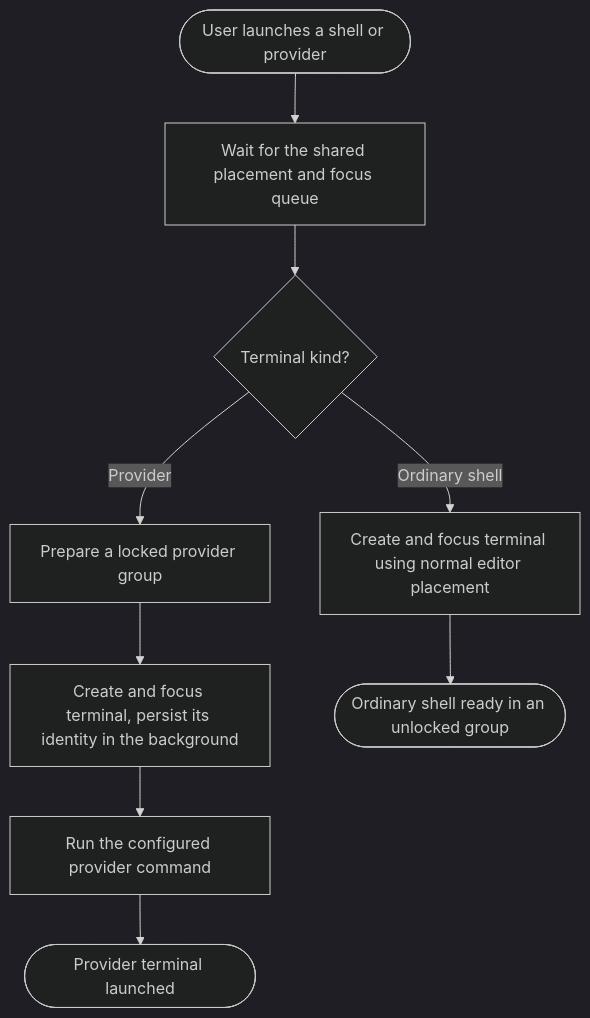
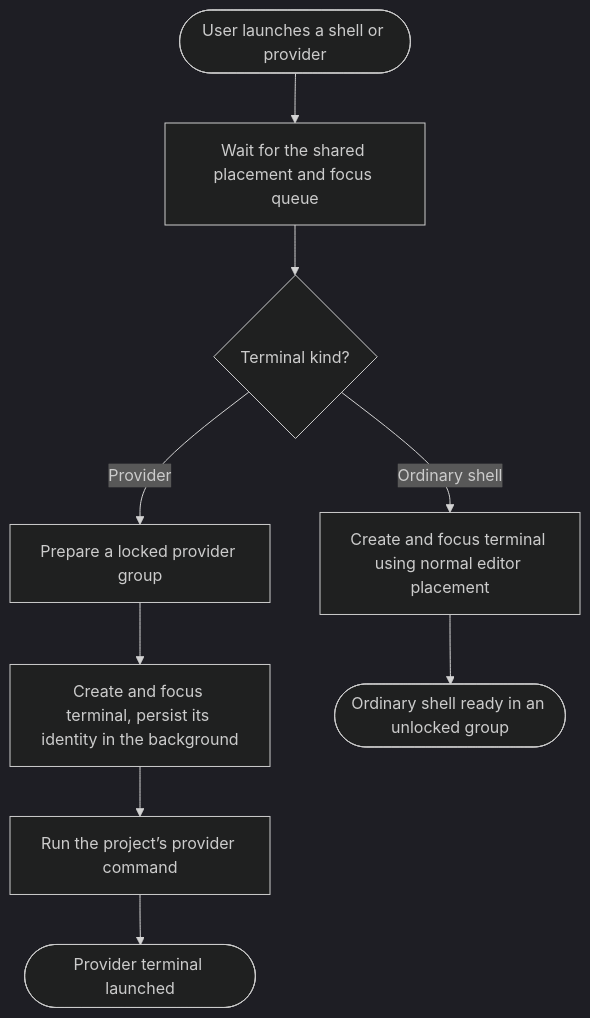
The third of 7 diagrams in workflows/extension.md (takeshibaconsuzuki/ade-overlay), drawn with Mermaid (dark theme) before and after one commit. The commit also changed other lines of this file and 15 other files, not shown here.

````diff
--- a/workflows/extension.md
+++ b/workflows/extension.md
@@ -46,13 +46,13 @@
 ```mermaid
 flowchart TD
     Action([User launches a shell or provider]) --> Queue[Wait for the shared placement and focus queue]
     Queue --> Kind{Terminal kind?}
     Kind -->|Provider| Group[Prepare a locked provider group]
     Group --> Provider[Create and focus terminal, persist its identity in the background]
-    Provider --> Command[Run the configured provider command]
+    Provider --> Command[Run the project’s provider command]
     Command --> ProviderDone([Provider terminal launched])
     Kind -->|Ordinary shell| Shell[Create and focus terminal using normal editor placement]
     Shell --> ShellDone([Ordinary shell ready in an unlocked group])
     click Group "extension.md#prepare-a-provider-group"
     click Provider "extension.md#restore-terminal-identities"
 ```
````
